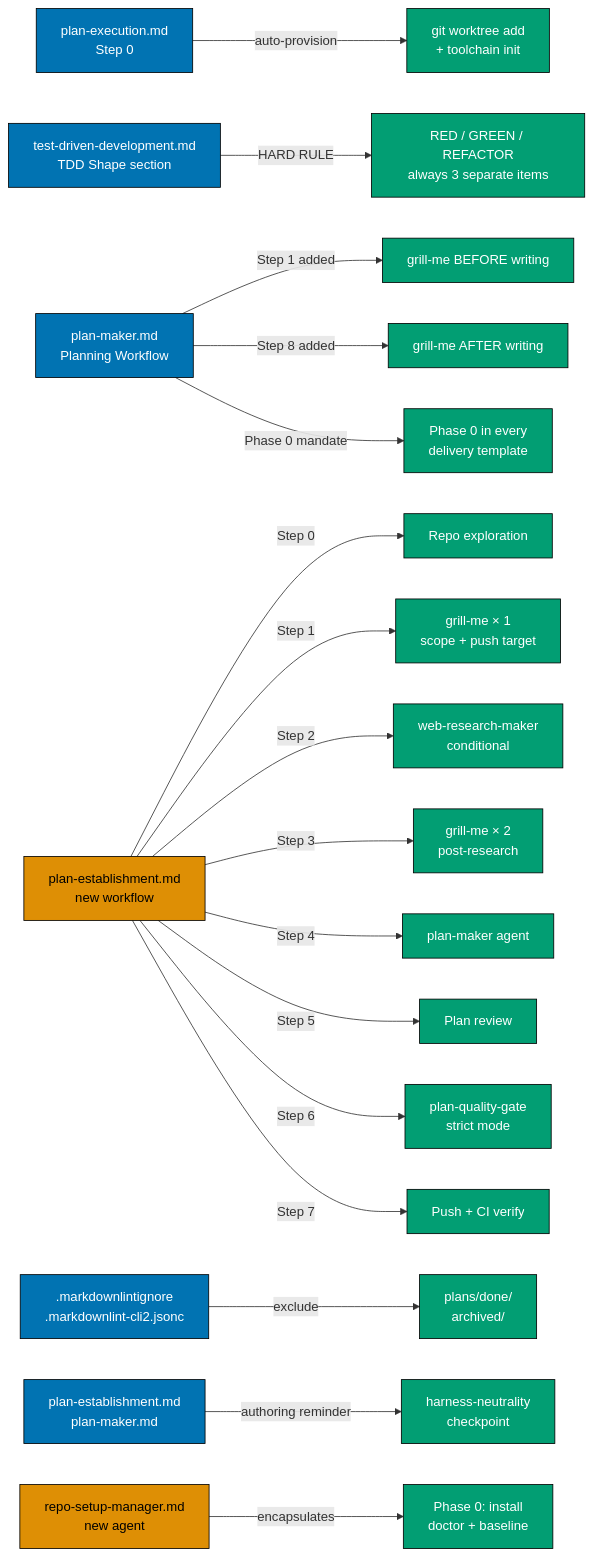
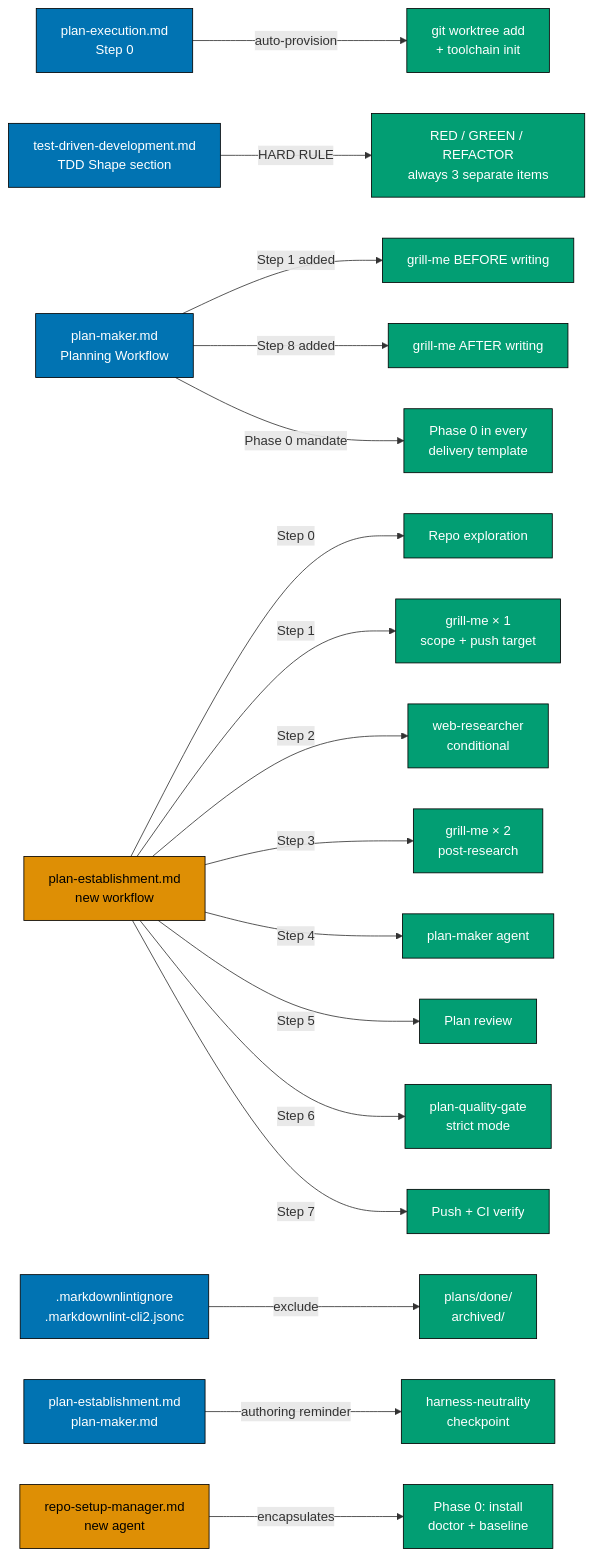
Before and after one commit to wahidyankf/baseerah: the diagram in plans/done/2026-05-26__planning-system-overhaul/tech-docs.md, drawn with Mermaid. The commit also changed other lines of this file and 104 other files, not shown here.

First line of the commit message:
feat(agents): rename web-research-maker to web-researcher; add researcher role

````diff
--- a/plans/done/2026-05-26__planning-system-overhaul/tech-docs.md
+++ b/plans/done/2026-05-26__planning-system-overhaul/tech-docs.md
@@ -8,43 +8,43 @@
 ```mermaid
 flowchart LR
     A[plan-execution.md\nStep 0] -->|auto-provision| B[git worktree add\n+ toolchain init]
     C[test-driven-development.md\nTDD Shape section] -->|HARD RULE| D[RED / GREEN / REFACTOR\nalways 3 separate items]
     E[plan-maker.md\nPlanning Workflow] -->|Step 1 added| F[grill-me BEFORE writing]
     E -->|Step 8 added| G[grill-me AFTER writing]
     E -->|Phase 0 mandate| Q[Phase 0 in every\ndelivery template]
     H[plan-establishment.md\nnew workflow] -->|Step 0| I[Repo exploration]
     H -->|Step 1| J[grill-me × 1\nscope + push target]
-    H -->|Step 2| K[web-research-maker\nconditional]
+    H -->|Step 2| K[web-researcher\nconditional]
     H -->|Step 3| L[grill-me × 2\npost-research]
     H -->|Step 4| M[plan-maker agent]
     H -->|Step 5| N[Plan review]
     H -->|Step 6| O[plan-quality-gate\nstrict mode]
     H -->|Step 7| P[Push + CI verify]
     R[.markdownlintignore\n.markdownlint-cli2.jsonc] -->|exclude| S[plans/done/\narchived/]
     T[plan-establishment.md\nplan-maker.md] -->|authoring reminder| U[harness-neutrality\ncheckpoint]
     V[repo-setup-manager.md\nnew agent] -->|encapsulates| W[Phase 0: install\ndoctor + baseline]
 
     style A fill:#0173B2,stroke:#000,color:#FFF
     style C fill:#0173B2,stroke:#000,color:#FFF
     style E fill:#0173B2,stroke:#000,color:#FFF
     style H fill:#DE8F05,stroke:#000,color:#000
     style R fill:#0173B2,stroke:#000,color:#FFF
     style T fill:#0173B2,stroke:#000,color:#FFF
     style V fill:#DE8F05,stroke:#000,color:#000
     style B fill:#029E73,stroke:#000,color:#FFF
     style D fill:#029E73,stroke:#000,color:#FFF
     style F fill:#029E73,stroke:#000,color:#FFF
     style G fill:#029E73,stroke:#000,color:#FFF
     style I fill:#029E73,stroke:#000,color:#FFF
     style J fill:#029E73,stroke:#000,color:#FFF
     style K fill:#029E73,stroke:#000,color:#FFF
     style L fill:#029E73,stroke:#000,color:#FFF
     style M fill:#029E73,stroke:#000,color:#FFF
     style N fill:#029E73,stroke:#000,color:#FFF
     style O fill:#029E73,stroke:#000,color:#FFF
     style P fill:#029E73,stroke:#000,color:#FFF
     style Q fill:#029E73,stroke:#000,color:#FFF
     style S fill:#029E73,stroke:#000,color:#FFF
     style U fill:#029E73,stroke:#000,color:#FFF
     style W fill:#029E73,stroke:#000,color:#FFF
 ```
````
